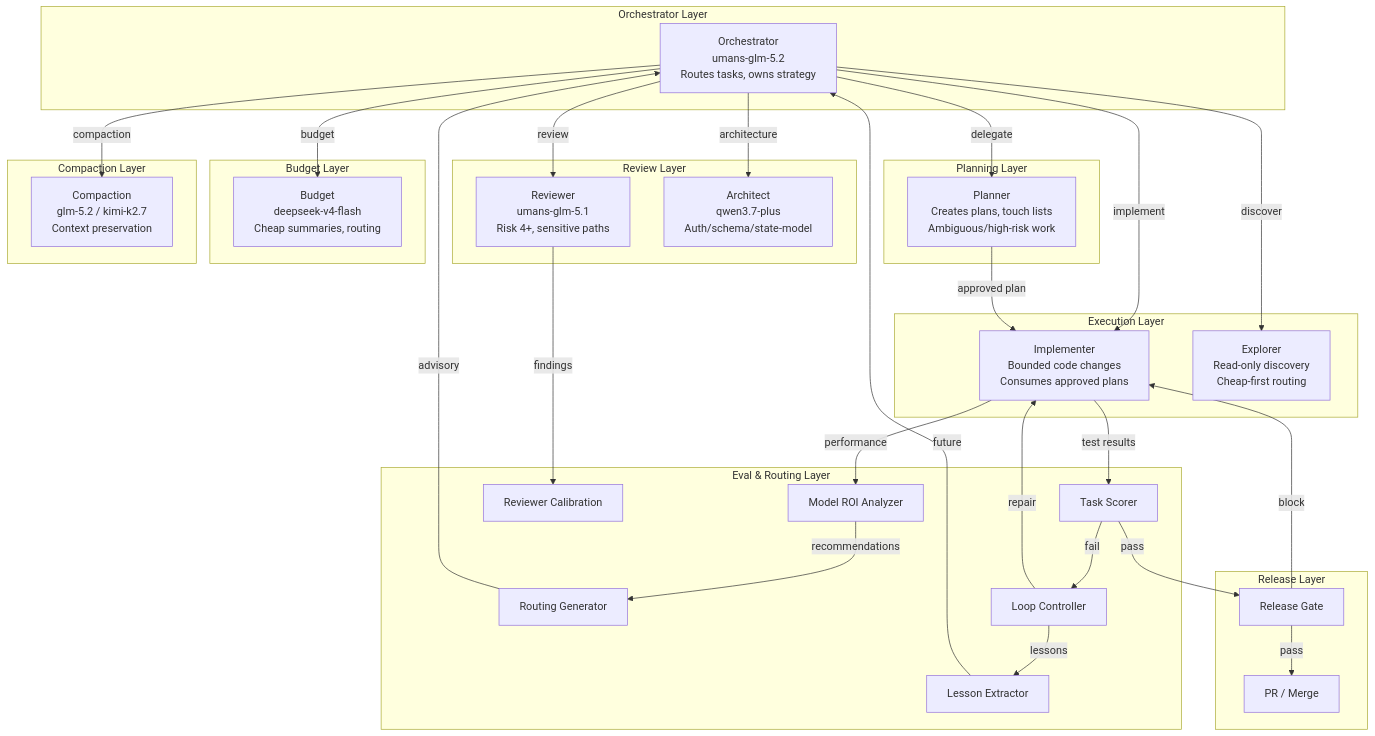
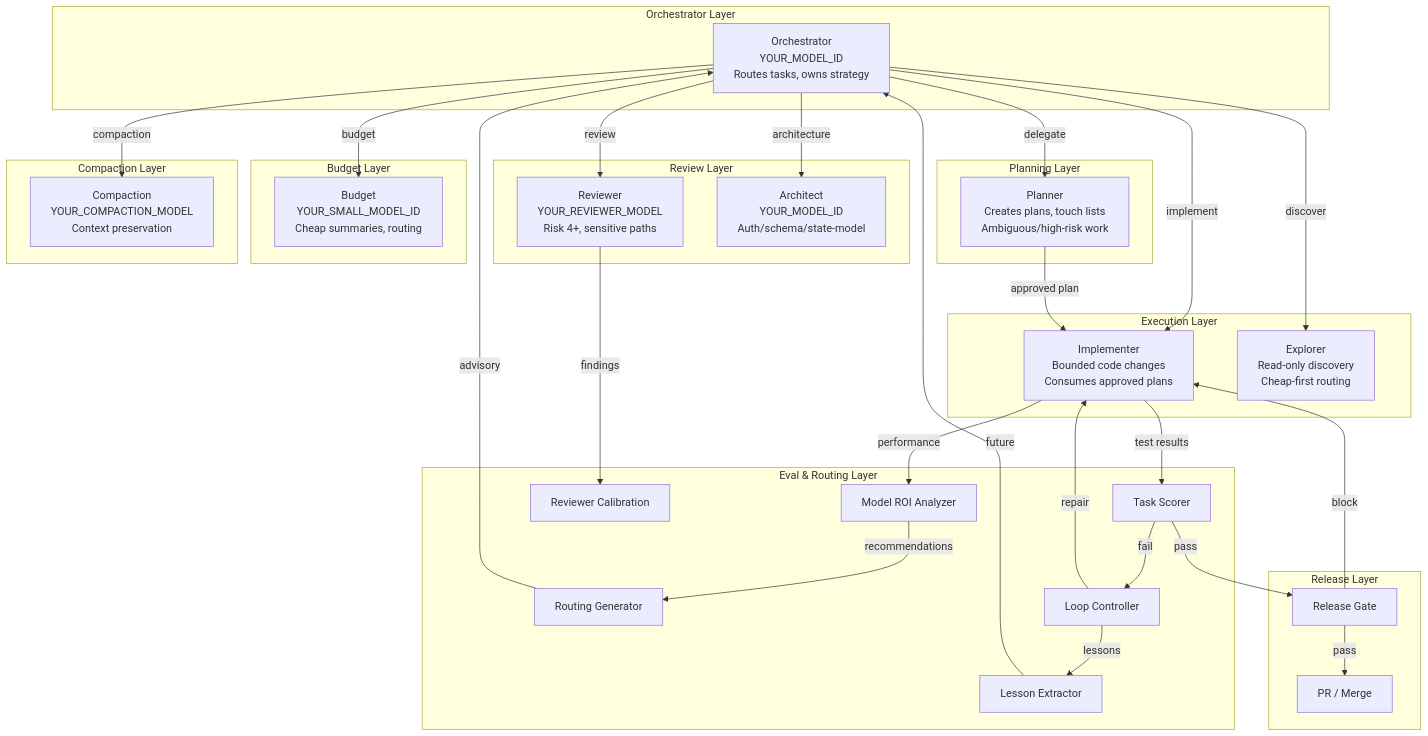
The second of 11 diagrams in docs/protocol/PROTOCOL_ATLAS.md (kin0kaze23/opencode-agent-protocol), drawn with Mermaid before and after one commit. The commit also changed other lines of this file and 13 other files, not shown here.

````diff
--- a/docs/protocol/PROTOCOL_ATLAS.md
+++ b/docs/protocol/PROTOCOL_ATLAS.md
@@ -81,63 +81,63 @@
 ```mermaid
 graph TB
     subgraph "Orchestrator Layer"
-        ORC[Orchestrator<br/>umans-glm-5.2<br/>Routes tasks, owns strategy]
+        ORC[Orchestrator<br/>YOUR_MODEL_ID<br/>Routes tasks, owns strategy]
     end
 
     subgraph "Planning Layer"
         PLN[Planner<br/>Creates plans, touch lists<br/>Ambiguous/high-risk work]
     end
 
     subgraph "Execution Layer"
         IMP[Implementer<br/>Bounded code changes<br/>Consumes approved plans]
         EXP[Explorer<br/>Read-only discovery<br/>Cheap-first routing]
     end
 
     subgraph "Review Layer"
-        REV[Reviewer<br/>umans-glm-5.1<br/>Risk 4+, sensitive paths]
-        ARCH[Architect<br/>qwen3.7-plus<br/>Auth/schema/state-model]
+        REV[Reviewer<br/>YOUR_REVIEWER_MODEL<br/>Risk 4+, sensitive paths]
+        ARCH[Architect<br/>YOUR_MODEL_ID<br/>Auth/schema/state-model]
     end
 
     subgraph "Budget Layer"
-        BUD[Budget<br/>deepseek-v4-flash<br/>Cheap summaries, routing]
+        BUD[Budget<br/>YOUR_SMALL_MODEL_ID<br/>Cheap summaries, routing]
     end
 
     subgraph "Compaction Layer"
-        CMP[Compaction<br/>glm-5.2 / kimi-k2.7<br/>Context preservation]
+        CMP[Compaction<br/>YOUR_COMPACTION_MODEL<br/>Context preservation]
     end
 
     subgraph "Eval & Routing Layer"
         ROI[Model ROI Analyzer]
         ROUTE[Routing Generator]
         CAL[Reviewer Calibration]
         LOOP[Loop Controller]
         SCORE[Task Scorer]
         LESSON[Lesson Extractor]
     end
 
     subgraph "Release Layer"
         GATE[Release Gate]
         PR[PR / Merge]
     end
 
     ORC -->|delegate| PLN
     ORC -->|discover| EXP
     ORC -->|implement| IMP
     ORC -->|review| REV
     ORC -->|architecture| ARCH
     ORC -->|budget| BUD
     ORC -->|compaction| CMP
     PLN -->|approved plan| IMP
     IMP -->|test results| SCORE
     SCORE -->|fail| LOOP
     LOOP -->|repair| IMP
     SCORE -->|pass| GATE
     REV -->|findings| CAL
     GATE -->|block| IMP
     GATE -->|pass| PR
     IMP -->|performance| ROI
     ROI -->|recommendations| ROUTE
     ROUTE -->|advisory| ORC
     LOOP -->|lessons| LESSON
     LESSON -->|future| ORC
 ```
````
